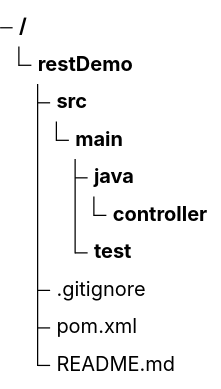
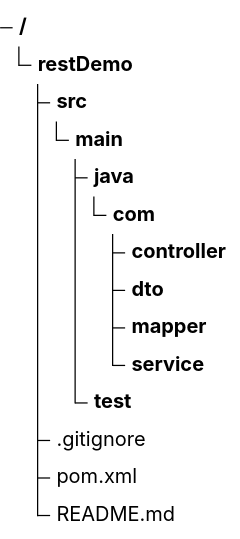
Before and after one commit to chanduujjina/Spring_Boot_Rest_AI: the diagram in Read.md, drawn with Mermaid.

Commit message:
Update directory structure in Read.md

````diff
--- a/Read.md
+++ b/Read.md
@@ -1,12 +1,17 @@
 ```mermaid
 treeView-beta
             restDemo/
                 src/
                     main/
                           java/
-                               controller/
+                               com/
+                                   controller/
+                                   dto/
+                                   mapper/
+                                   service/
+                               
                           test/
                 .gitignore
                 pom.xml
                 README.md
 ```
````
